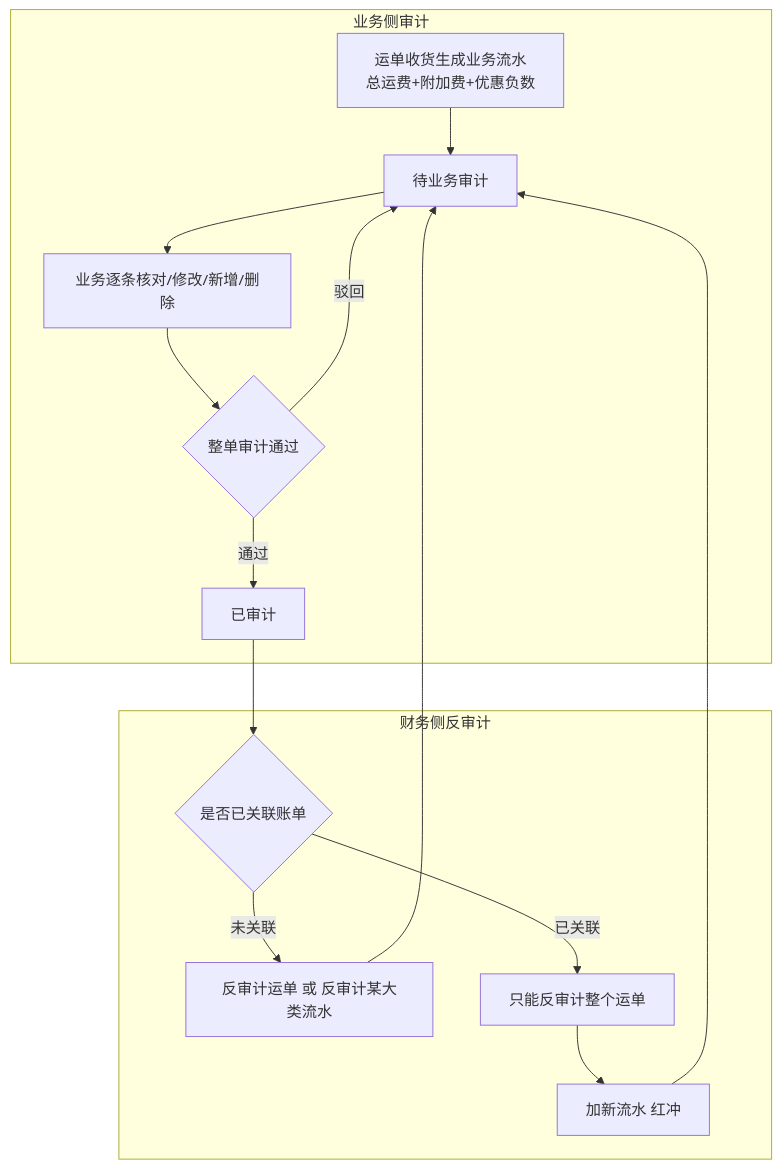
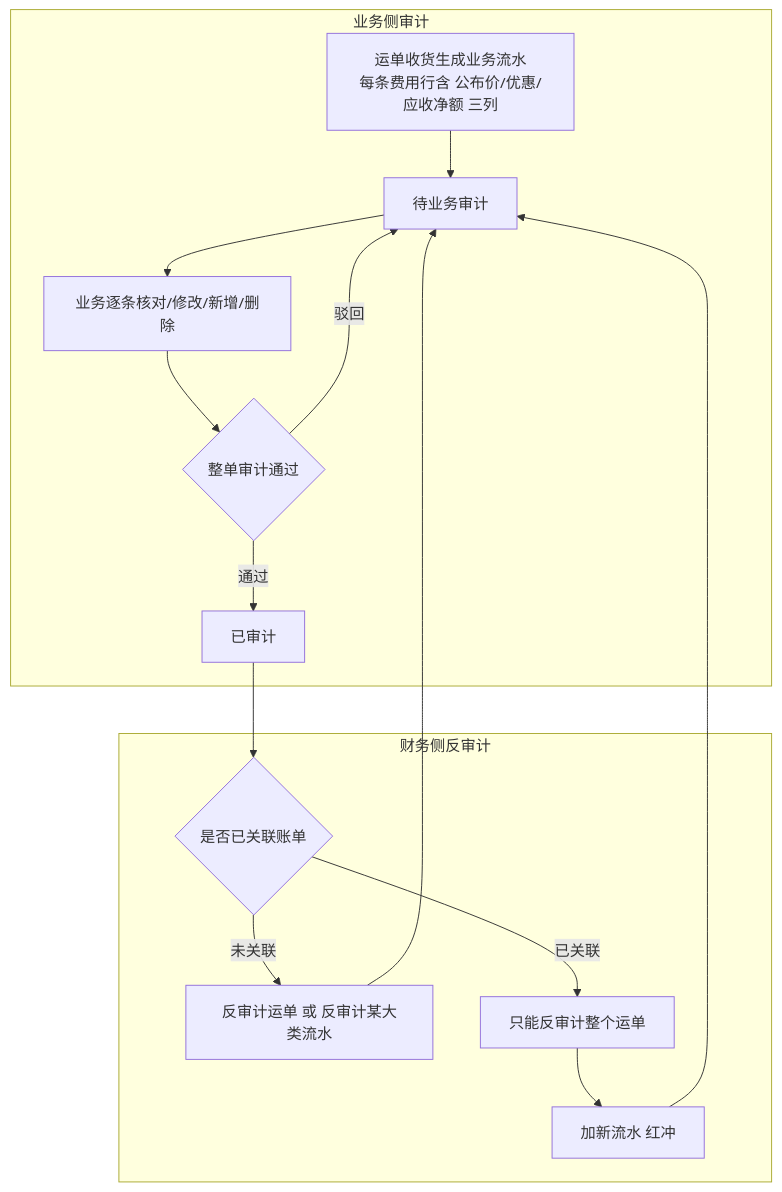
The third of 4 diagrams in 0-产品经理使用IDE/drafts/财务/2026-09-11-用户需求.md (zhangwen960722/luna-daily), drawn with Mermaid before and after one commit. The commit also changed other lines of this file and 21 other files, not shown here.

````diff
--- a/0-产品经理使用IDE/drafts/财务/2026-09-11-用户需求.md
+++ b/0-产品经理使用IDE/drafts/财务/2026-09-11-用户需求.md
@@ -235,15 +235,15 @@
 ```mermaid
 flowchart TD
     subgraph 业务侧审计
-        A[运单收货生成业务流水<br/>总运费+附加费+优惠负数] --> B[待业务审计]
+        A[运单收货生成业务流水<br/>每条费用行含 公布价/优惠/应收净额 三列] --> B[待业务审计]
         B --> C[业务逐条核对/修改/新增/删除]
         C --> D{整单审计通过}
         D -->|通过| E[已审计]
         D -->|驳回| B
     end
     subgraph 财务侧反审计
         E --> F{是否已关联账单}
         F -->|未关联| G[反审计运单 或 反审计某大类流水] --> B
         F -->|已关联| H[只能反审计整个运单] --> I[加新流水 红冲] --> B
     end
 ```
````
